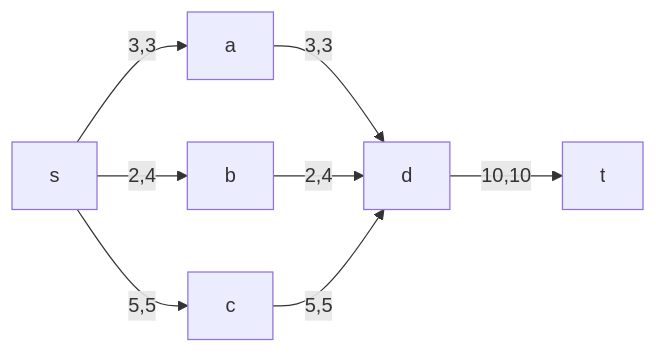
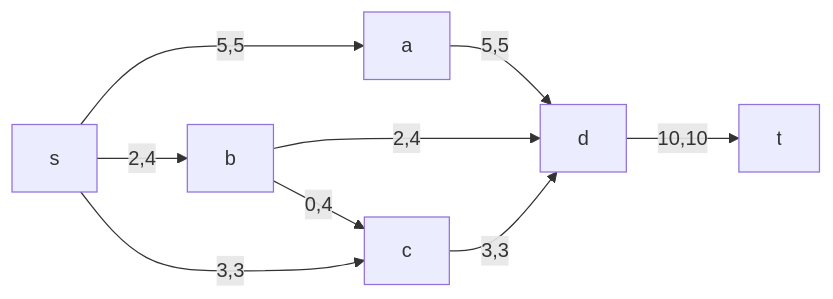
One commit to hse-algo-24-raven/manual-tasks-raven changed diagram 13 of 13 in task-10/g-team.md. Above: the diagram before and after it, drawn with Mermaid.

Commit message:
solution 2

````diff
--- a/task-10/g-team.md
+++ b/task-10/g-team.md
@@ -223,10 +223,11 @@
 ```mermaid
 graph LR
-    s-->|3,3|a
+    s-->|5,5|a
     s-->|2,4|b
-    s-->|5,5|c
-    a-->|3,3|d
+    s-->|3,3|c
+    a-->|5,5|d
     b-->|2,4|d
-    c-->|5,5|d
+    b-->|0,4|c
+    c-->|3,3|d
     d-->|10,10|t
 ```
````
